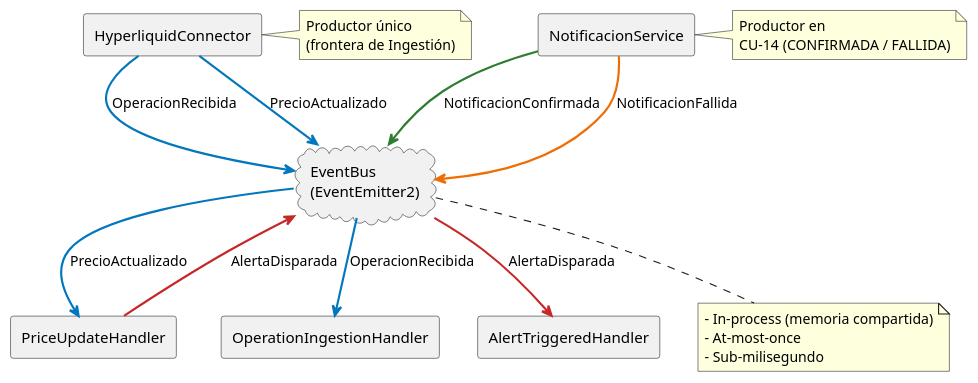
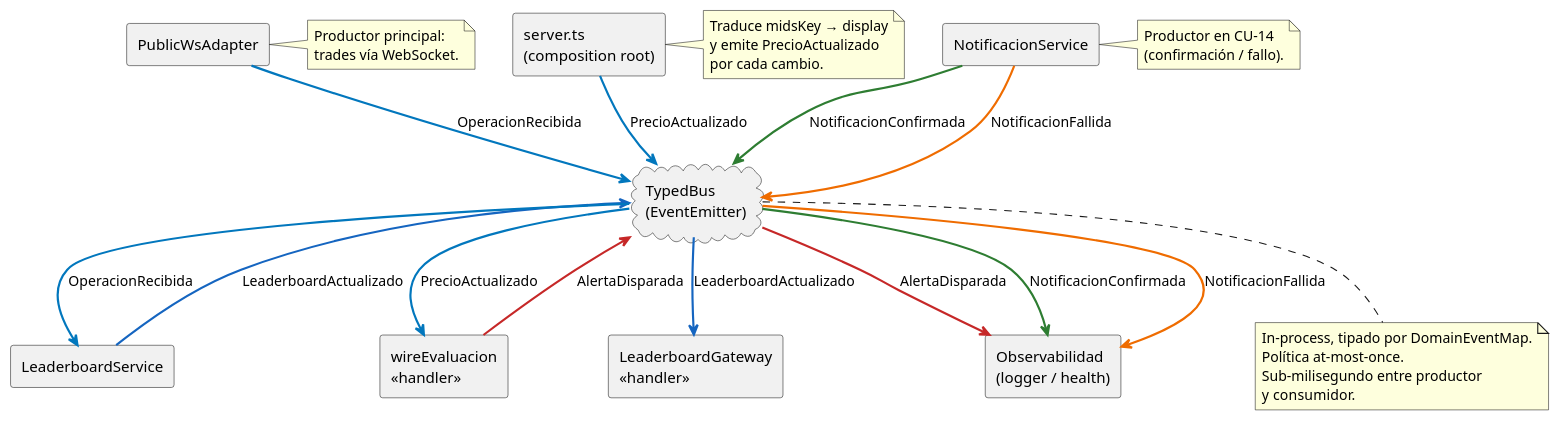
Before and after one commit to nekiiiiis/tfg: the diagram in modelosUML/capitulo3/diseno-eventos.puml, drawn with PlantUML. The commit also changed 40 other files, not shown here.

```diff
--- a/modelosUML/capitulo3/diseno-eventos.puml
+++ b/modelosUML/capitulo3/diseno-eventos.puml
@@ -1,40 +1,53 @@
 @startuml
 skinparam shadowing false
 skinparam componentStyle rectangle
 hide stereotype
 
-[HyperliquidConnector] as HLC
-[OperationIngestionHandler] as OIH
-[PriceUpdateHandler] as PUH
-[AlertTriggeredHandler] as ATH
+[PublicWsAdapter] as HLC
+[LeaderboardService] as LS
+[server.ts\n(composition root)] as ROOT
+[wireEvaluacion\n<<handler>>] as EV
+[LeaderboardGateway\n<<handler>>] as GW
 [NotificacionService] as NS
+[Observabilidad\n(logger / health)] as OBS
 
-cloud "EventBus\n(EventEmitter2)" as BUS
+cloud "TypedBus\n(EventEmitter)" as BUS
 
 HLC -[#0277BD,bold]-> BUS : OperacionRecibida
-HLC -[#0277BD,bold]-> BUS : PrecioActualizado
-PUH -[#C62828,bold]-> BUS : AlertaDisparada
-NS  -[#2E7D32,bold]-> BUS : NotificacionConfirmada
-NS  -[#EF6C00,bold]-> BUS : NotificacionFallida
+ROOT -[#0277BD,bold]-> BUS : PrecioActualizado
+LS -[#1565C0,bold]-> BUS : LeaderboardActualizado
+EV -[#C62828,bold]-> BUS : AlertaDisparada
+NS -[#2E7D32,bold]-> BUS : NotificacionConfirmada
+NS -[#EF6C00,bold]-> BUS : NotificacionFallida
 
-BUS -[#0277BD,bold]-> OIH : OperacionRecibida
-BUS -[#0277BD,bold]-> PUH : PrecioActualizado
-BUS -[#C62828,bold]-> ATH : AlertaDisparada
+BUS -[#0277BD,bold]-> LS : OperacionRecibida
+BUS -[#0277BD,bold]-> EV : PrecioActualizado
+BUS -[#1565C0,bold]-> GW : LeaderboardActualizado
+BUS -[#C62828,bold]-> OBS : AlertaDisparada
+BUS -[#2E7D32,bold]-> OBS : NotificacionConfirmada
+BUS -[#EF6C00,bold]-> OBS : NotificacionFallida
 
 note bottom of BUS
-  - In-process (memoria compartida)
-  - At-most-once
-  - Sub-milisegundo
+  In-process, tipado por DomainEventMap.
+  Política at-most-once.
+  Sub-milisegundo entre productor
+  y consumidor.
 end note
 
 note right of HLC
-  Productor único
-  (frontera de Ingestión)
+  Productor principal:
+  trades vía WebSocket.
+end note
+
+note right of ROOT
+  Traduce midsKey → display
+  y emite PrecioActualizado
+  por cada cambio.
 end note
 
 note right of NS
-  Productor en
-  CU-14 (CONFIRMADA / FALLIDA)
+  Productor en CU-14
+  (confirmación / fallo).
 end note
 
 @enduml
```
